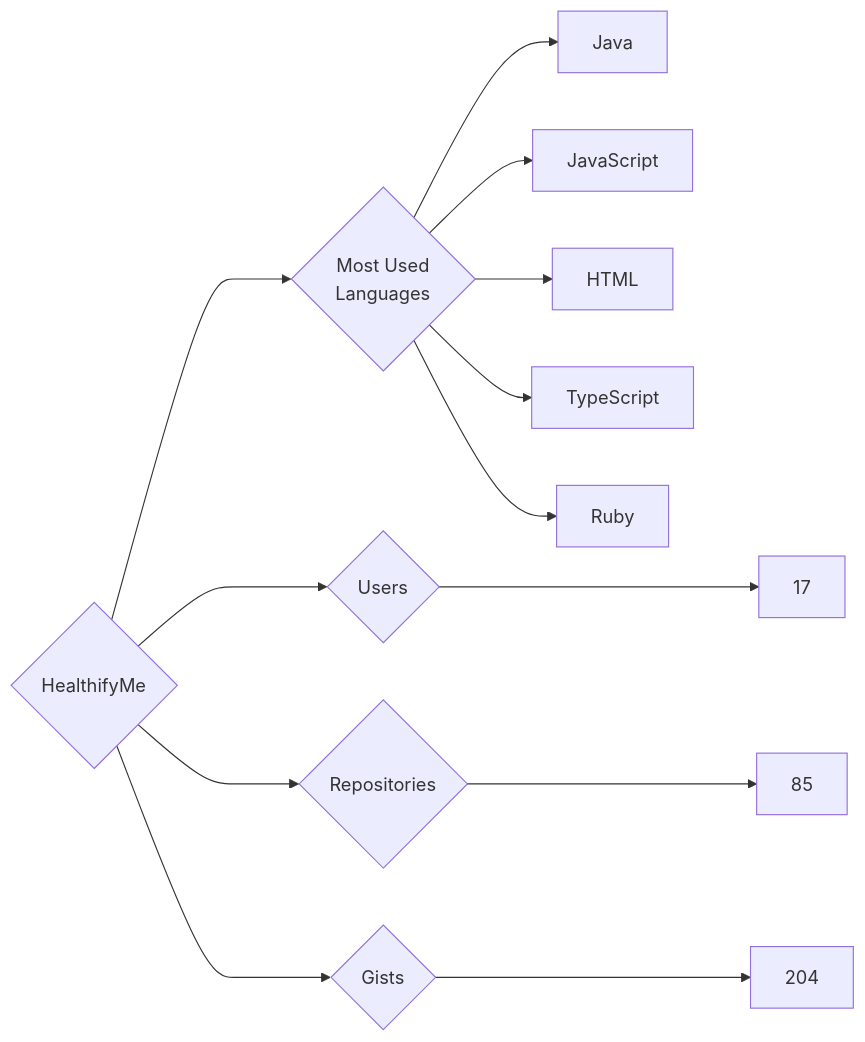
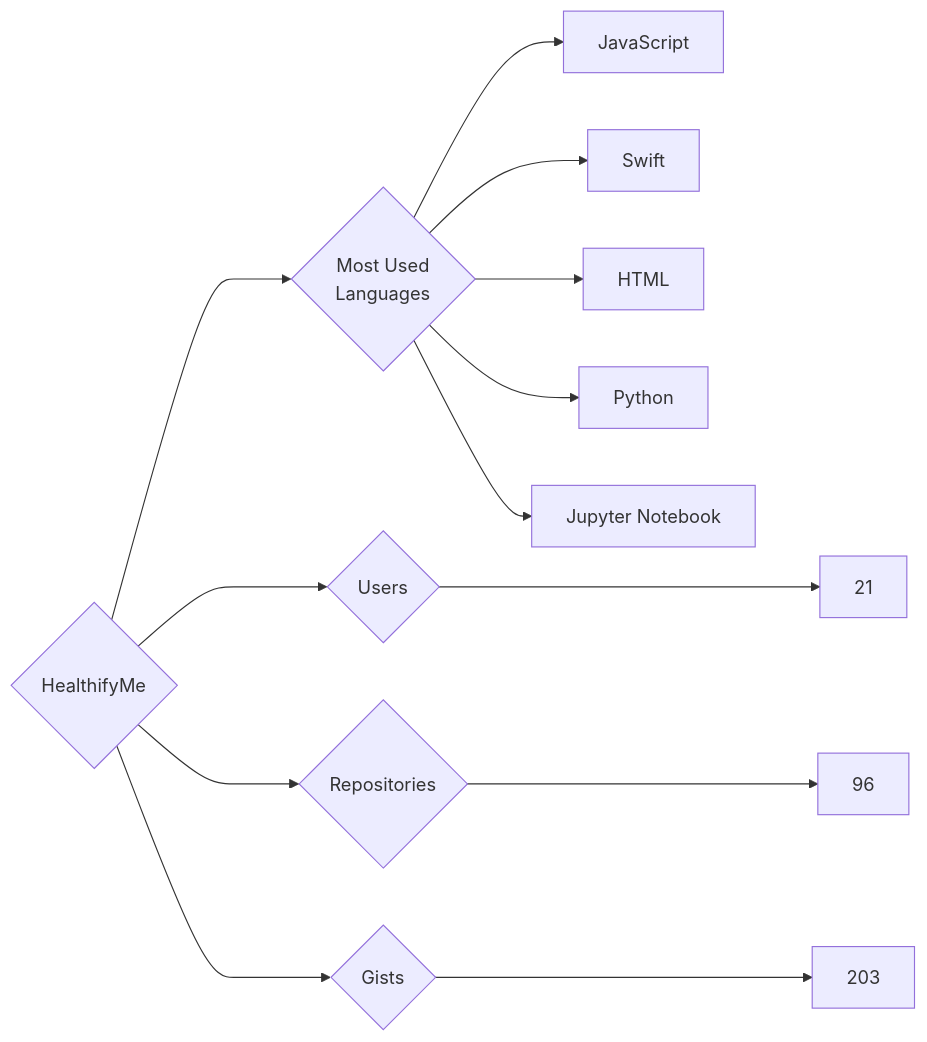
Before and after one commit to trickest/insiders: the diagram in targets/HealthifyMe/README.md, drawn with Mermaid. The commit also changed 688 other files, not shown here.

````diff
--- a/targets/HealthifyMe/README.md
+++ b/targets/HealthifyMe/README.md
@@ -3,13 +3,13 @@
 ```mermaid
 graph LR
 COMPANY_NAME{HealthifyMe}
-COMPANY_NAME ---> U{Users} ---> UN[17]
-COMPANY_NAME ---> R{Repositories} ---> RN[85]
-COMPANY_NAME ---> G{Gists} ---> GN[204]
+COMPANY_NAME ---> U{Users} ---> UN[21]
+COMPANY_NAME ---> R{Repositories} ---> RN[96]
+COMPANY_NAME ---> G{Gists} ---> GN[203]
 COMPANY_NAME ---> ML{Most Used<br>Languages}
-ML --> Java[Java]
 ML --> JavaScript[JavaScript]
+ML --> Swift[Swift]
 ML --> HTML[HTML]
-ML --> TypeScript[TypeScript]
-ML --> Ruby[Ruby]
+ML --> Python[Python]
+ML --> Jupyter_Notebook[Jupyter Notebook]
 ```
````
